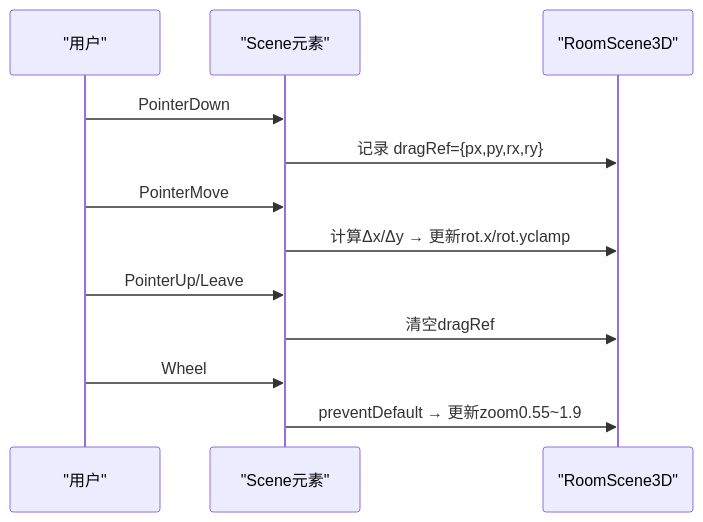
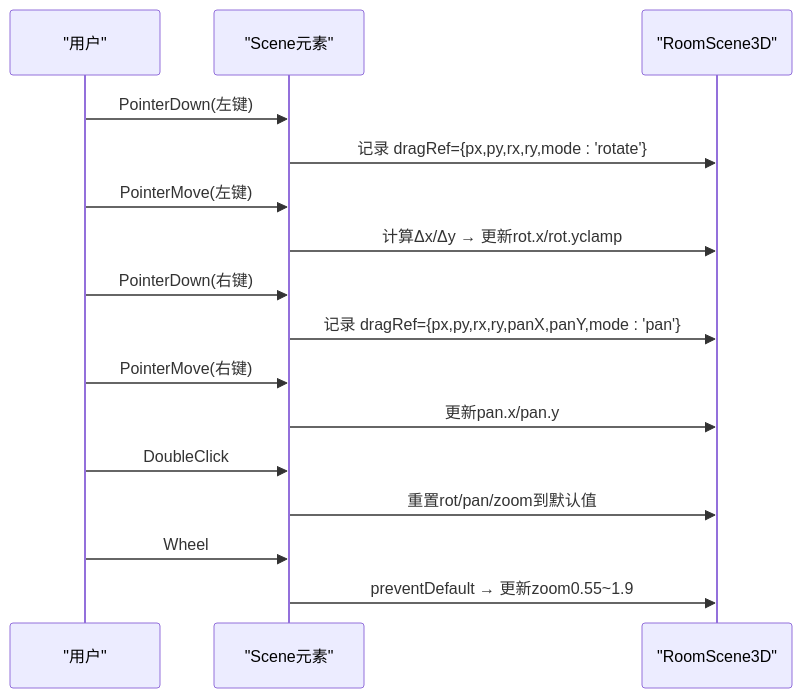
The sixth of 9 diagrams in .qoder/repowiki/zh/content/Web控制台/3D空间建模.md (zh79325/opple-cloud-adapter), drawn with Mermaid before and after one commit. The commit also changed other lines of this file and 28 other files, not shown here.

````diff
--- a/.qoder/repowiki/zh/content/Web控制台/3D空间建模.md
+++ b/.qoder/repowiki/zh/content/Web控制台/3D空间建模.md
@@ -213,14 +222,18 @@
 ```mermaid
 sequenceDiagram
 participant U as "用户"
 participant E as "Scene元素"
 participant R as "RoomScene3D"
-U->>E : PointerDown
-E->>R : 记录 dragRef={px,py,rx,ry}
-U->>E : PointerMove
+U->>E : PointerDown(左键)
+E->>R : 记录 dragRef={px,py,rx,ry,mode : 'rotate'}
+U->>E : PointerMove(左键)
 E->>R : 计算Δx/Δy → 更新rot.x/rot.yclamp
-U->>E : PointerUp/Leave
-E->>R : 清空dragRef
+U->>E : PointerDown(右键)
+E->>R : 记录 dragRef={px,py,rx,ry,panX,panY,mode : 'pan'}
+U->>E : PointerMove(右键)
+E->>R : 更新pan.x/pan.y
+U->>E : DoubleClick
+E->>R : 重置rot/pan/zoom到默认值
 U->>E : Wheel
 E->>R : preventDefault → 更新zoom0.55~1.9
 ```
````
